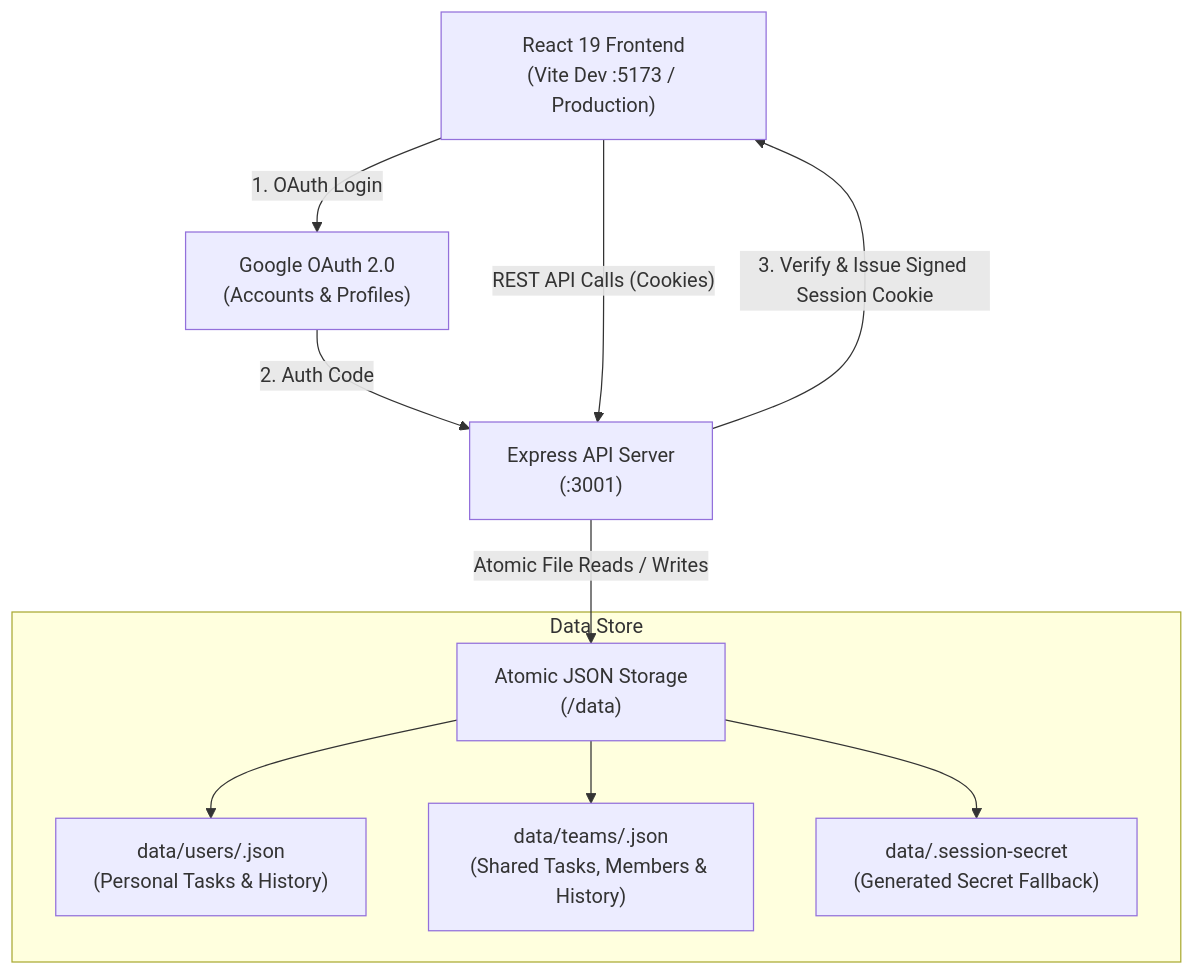
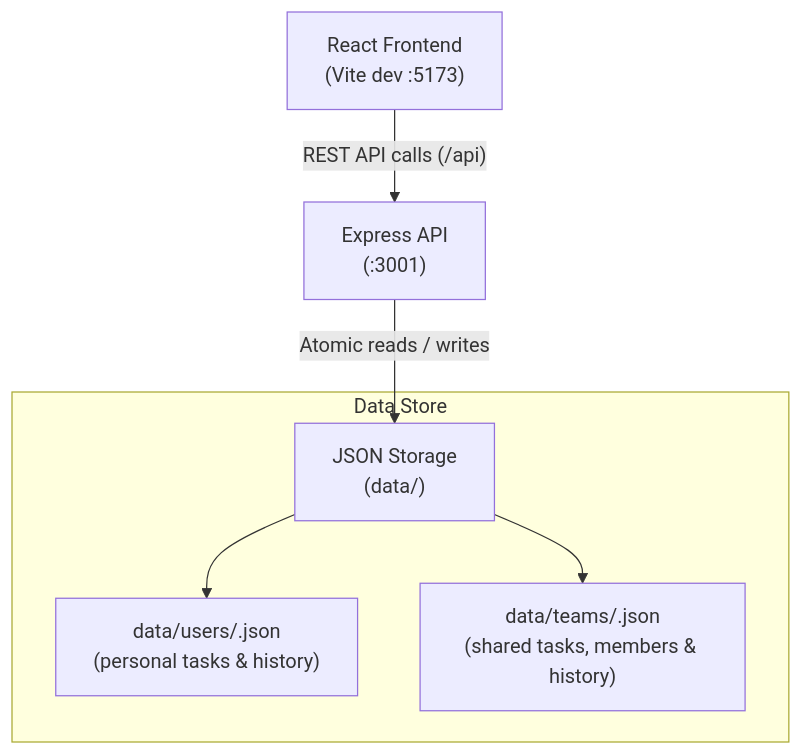
The diagram in README.md (lucky-pluton/todo-app), drawn with Mermaid before and after one commit. The commit also changed other lines of this file and 11 other files, not shown here.

First line of the commit message:
refactor: remove Google auth and run as a local profile

````diff
--- a/README.md
+++ b/README.md
@@ -87,20 +100,14 @@
 ```mermaid
 flowchart TD
-    Client["React 19 Frontend\n(Vite Dev :5173 / Production)"]
-    API["Express API Server\n(:3001)"]
-    GoogleAuth["Google OAuth 2.0\n(Accounts & Profiles)"]
-    Storage["Atomic JSON Storage\n(/data)"]
+    Client["React Frontend\n(Vite dev :5173)"]
+    API["Express API\n(:3001)"]
+    Storage["JSON Storage\n(data/)"]
 
-    Client -- "1. OAuth Login" --> GoogleAuth
-    GoogleAuth -- "2. Auth Code" --> API
-    API -- "3. Verify & Issue Signed Session Cookie" --> Client
-
-    Client -- "REST API Calls (Cookies)" --> API
-    API -- "Atomic File Reads / Writes" --> Storage
+    Client -- "REST API calls (/api)" --> API
+    API -- "Atomic reads / writes" --> Storage
 
     subgraph Data Store
-        Storage --> UsersData["data/users/<account-hash>.json\n(Personal Tasks & History)"]
-        Storage --> TeamsData["data/teams/<team-id>.json\n(Shared Tasks, Members & History)"]
-        Storage --> SecretsData["data/.session-secret\n(Generated Secret Fallback)"]
+        Storage --> Users["data/users/<hash>.json\n(personal tasks & history)"]
+        Storage --> Teams["data/teams/<team-id>.json\n(shared tasks, members & history)"]
     end
 ```
````
